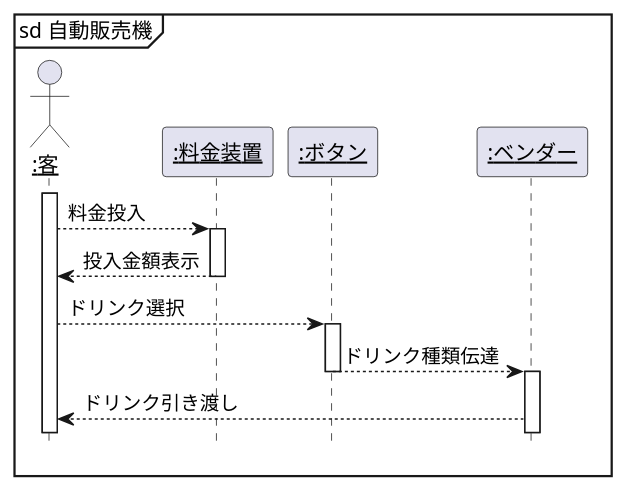
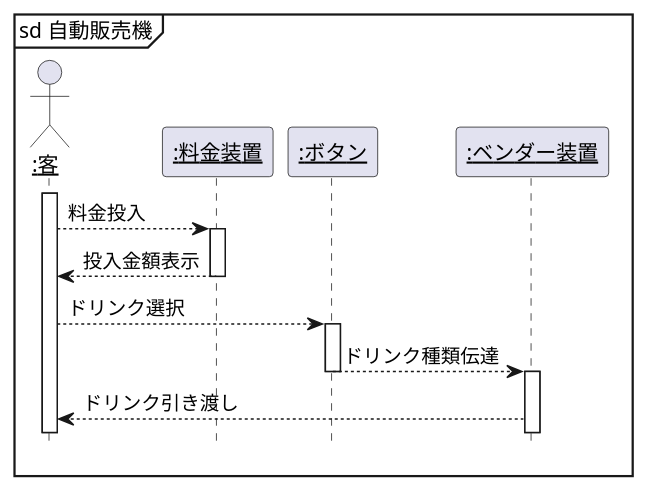
Before and after one commit to itouayumu/uml-introduction-: the diagram in 演習6-4-3_シーケンス図_自動販売機.pu, drawn with PlantUML.

Commit message:
修正

```diff
--- a/演習6-4-3_シーケンス図_自動販売機.pu
+++ b/演習6-4-3_シーケンス図_自動販売機.pu
@@ -1,21 +1,21 @@
 @startuml
 hide footbox
 Actor "<u>:客</u>" as a1
 participant "<u>:料金装置</u>" as a2
 participant "<u>:ボタン</u>" as a3
-participant "<u>:ベンダー</u>" as a4
+participant "<u>:ベンダー装置</u>" as a4
 mainframe sd 自動販売機
 
 activate a1
 a1-->a2:料金投入
      activate a2
 a1<--a2:投入金額表示
      deactivate a2
  a1-->a3:ドリンク選択
      activate a3
  a3-->a4:ドリンク種類伝達
      deactivate a3
  activate a4
 
  a1<--a4:ドリンク引き渡し
 @enduml
```
